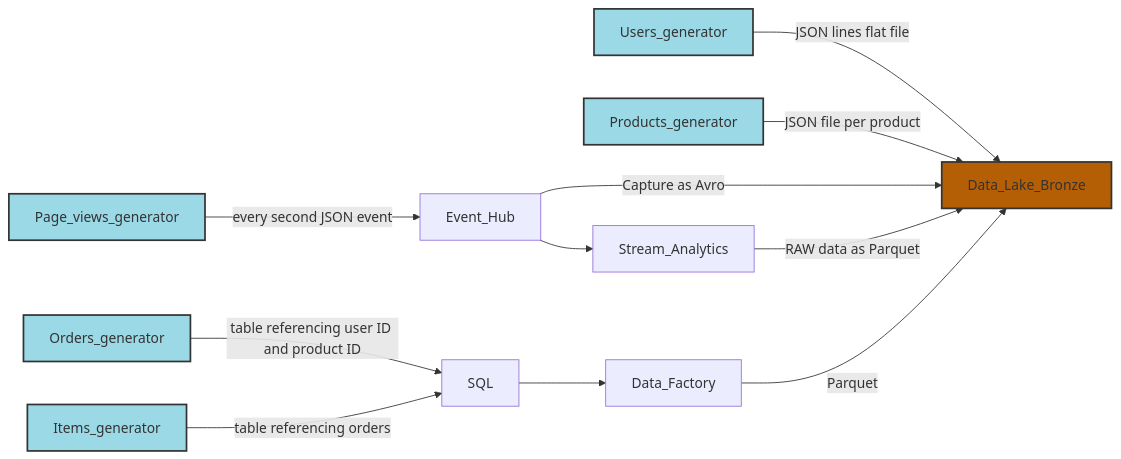
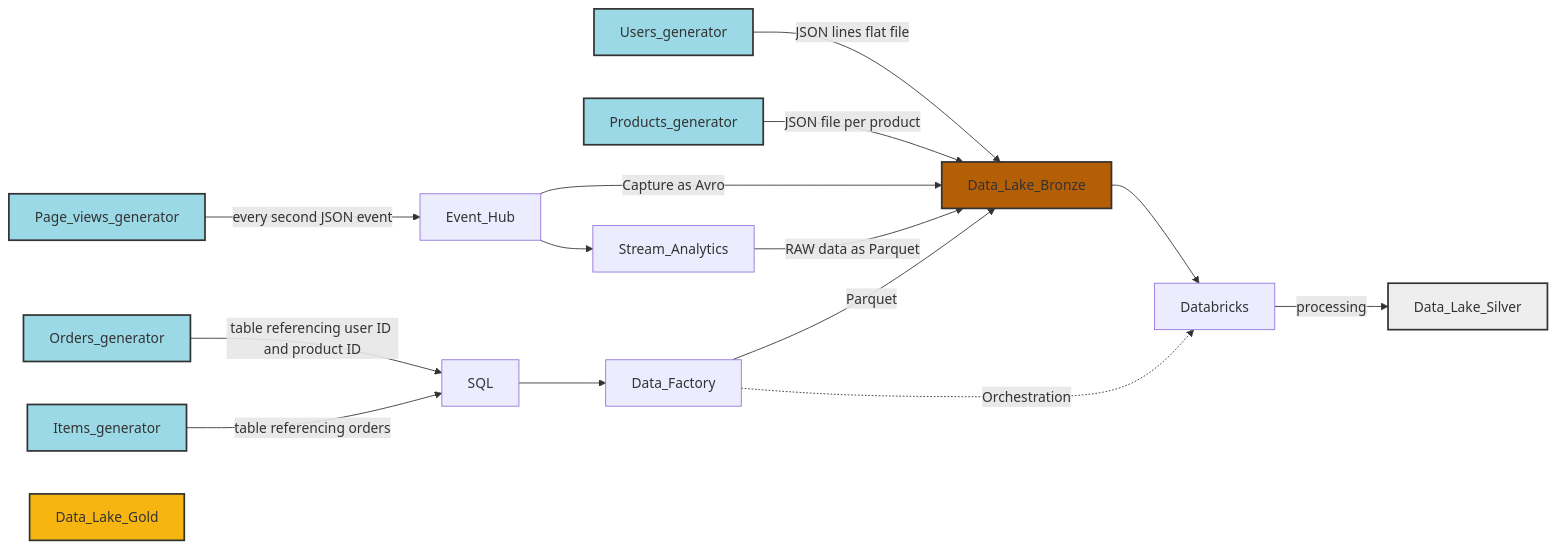
The first of 2 diagrams in README.md (tkubica12/dataplayground), drawn with Mermaid before and after one commit. The commit also changed other lines of this file and 14 other files, not shown here.

````diff
--- a/README.md
+++ b/README.md
@@ -17,16 +17,26 @@
 ```mermaid
 graph LR;
     Users_generator -- JSON lines flat file --> Data_Lake_Bronze;
     Products_generator -- JSON file per product --> Data_Lake_Bronze;
     Orders_generator -- table referencing user ID and product ID --> SQL;
     Items_generator -- table referencing orders --> SQL;
     Page_views_generator -- every second JSON event --> Event_Hub;
     Event_Hub -- Capture as Avro --> Data_Lake_Bronze;
     Event_Hub --> Stream_Analytics -- RAW data as Parquet --> Data_Lake_Bronze;
     SQL --> Data_Factory -- Parquet --> Data_Lake_Bronze;
+    Data_Lake_Bronze --> Databricks -- processing --> Data_Lake_Silver;
+    Data_Factory -. Orchestration .-> Databricks;
+
+    classDef generators fill:#9bd9e6,stroke:#333,stroke-width:2px;
+    class Users_generator,Products_generator,Orders_generator,Items_generator,Page_views_generator generators;
 
     classDef generators fill:#9bd9e6,stroke:#333,stroke-width:2px;
     class Users_generator,Products_generator,Orders_generator,Items_generator,Page_views_generator generators;
 
     style Data_Lake_Bronze fill:#b45f06,stroke:#333,stroke-width:2px
+    style Data_Lake_Silver fill:#eeeeee,stroke:#333,stroke-width:2px
+    style Data_Lake_Gold fill:#f7b511,stroke:#333,stroke-width:2px
+        
+    classDef endstate fill:#d1e6a8,stroke:#333,stroke-width:2px;
+    class Model_API,PowerBI,Real_time_detection endstate;
 ```
````
